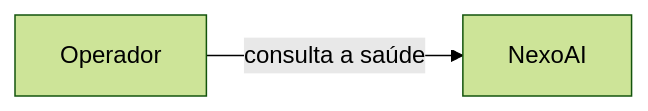
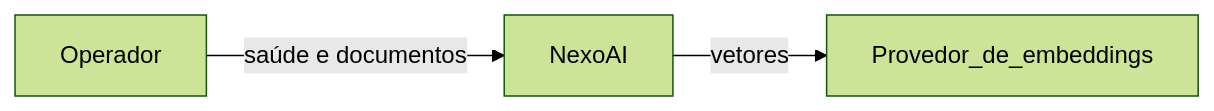
One commit to ricartefelipe/nexo-ai-knowledge changed the first of 3 diagrams in docs/architecture/c4.md. Above: the diagram before and after it, drawn with Mermaid (forest theme). The commit also changed other lines of this file and 8 other files, not shown here.

````diff
--- a/docs/architecture/c4.md
+++ b/docs/architecture/c4.md
@@ -9,6 +9,8 @@
 ```mermaid
 flowchart LR
   operator[Operador]
   nexo[NexoAI]
-  operator -->|"consulta a saúde"| nexo
+  embeddings[Provedor_de_embeddings]
+  operator -->|"saúde e documentos"| nexo
+  nexo -->|"vetores"| embeddings
 ```
````
